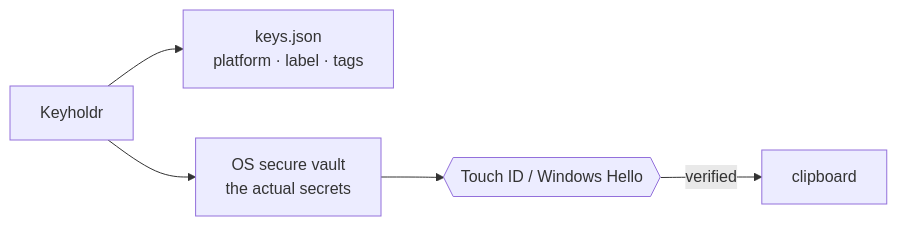
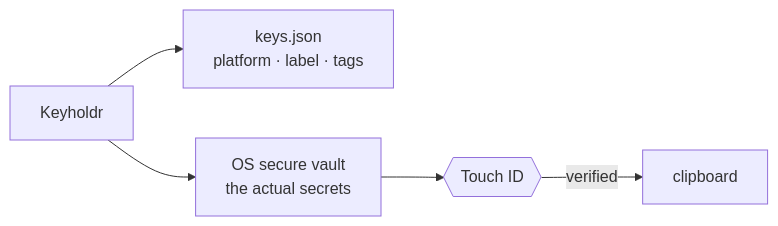
One commit to OlixIgnacious/keyholdr changed the diagram in README.md. Above: the diagram before and after it, drawn with Mermaid. The commit also changed other lines of this file and 4 other files, not shown here.

````diff
--- a/README.md
+++ b/README.md
@@ -45,7 +47,7 @@
 ```mermaid
 graph LR
     UI[Keyholdr] --> M["keys.json<br>platform · label · tags"]
     UI --> V["OS secure vault<br>the actual secrets"]
-    V --> B{{"Touch ID / Windows Hello"}}
+    V --> B{{"Touch ID"}}
     B -->|verified| C[clipboard]
 ```
````
